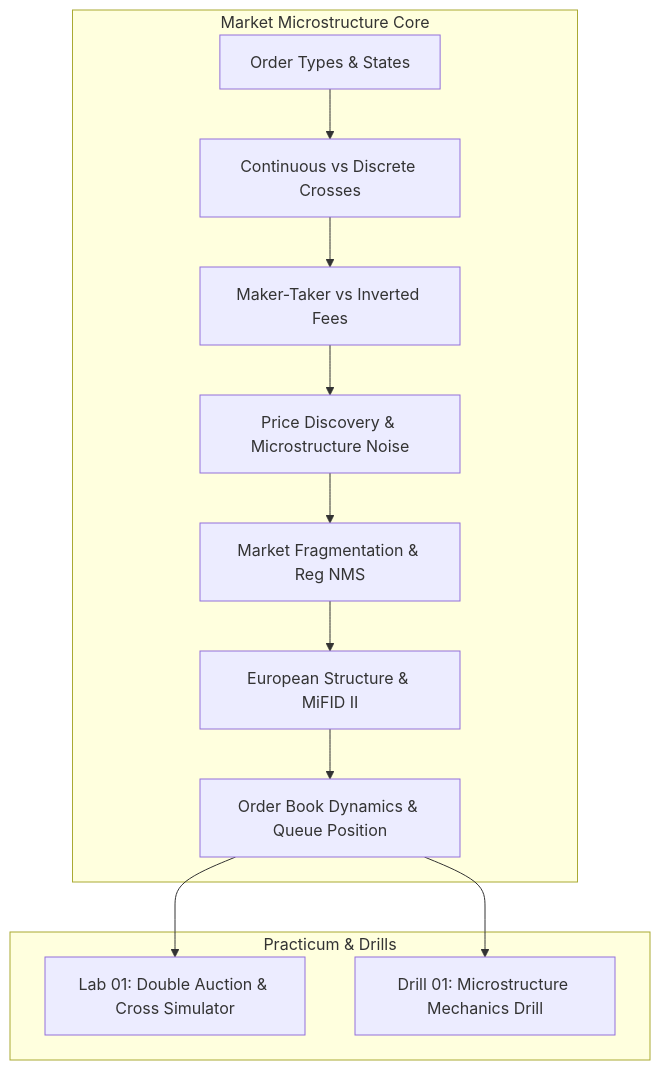
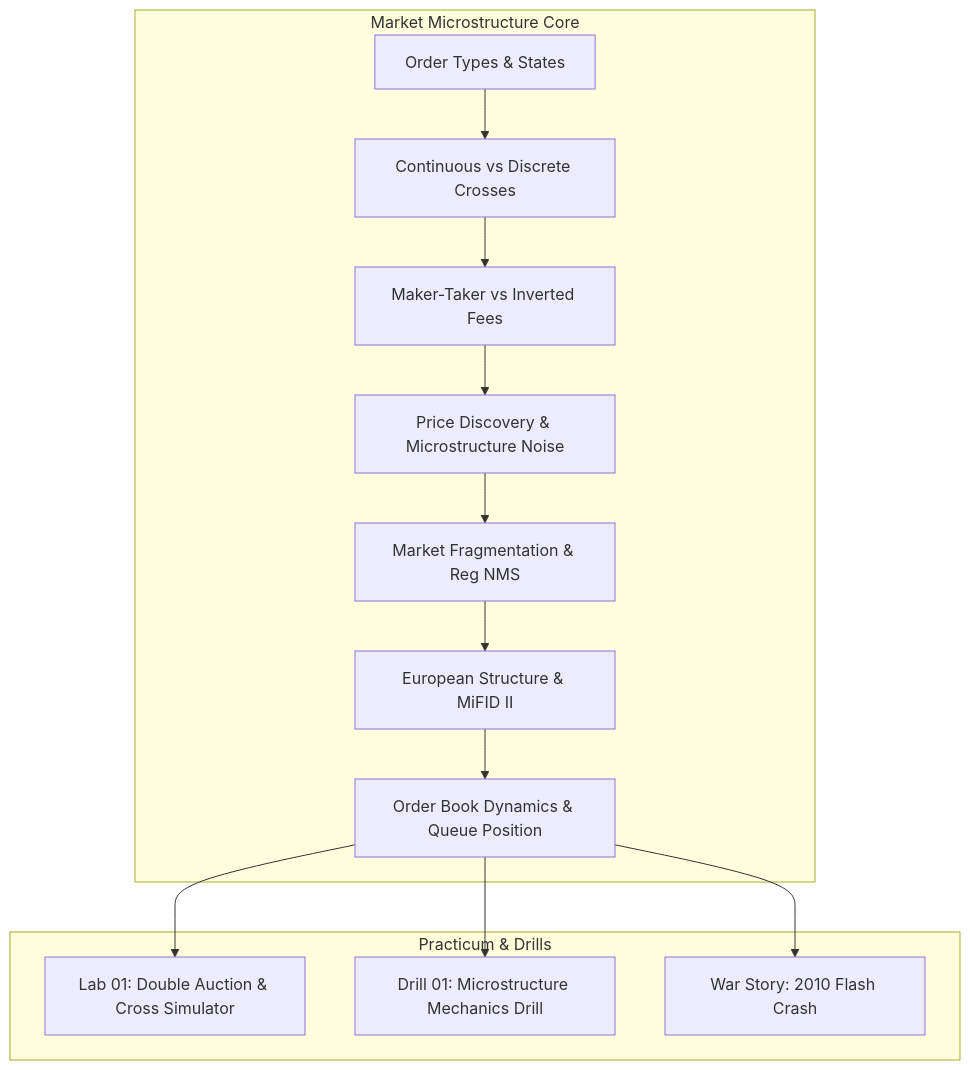
One commit to shreejitverma/SDE-Interview-Prep changed the diagram in 14-Low-Latency-Systems/01 - Market & Microstructure Fundamentals/MOC - 01 Market & Microstructure Fundamentals.md. Above: the diagram before and after it, drawn with Mermaid. The commit also changed other lines of this file and 13 other files, not shown here.

````diff
--- a/14-Low-Latency-Systems/01 - Market & Microstructure Fundamentals/MOC - 01 Market & Microstructure Fundamentals.md
+++ b/14-Low-Latency-Systems/01 - Market & Microstructure Fundamentals/MOC - 01 Market & Microstructure Fundamentals.md
@@ -13,16 +13,17 @@
 ```mermaid
 flowchart TD
     subgraph MicrostructureCore ["Market Microstructure Core"]
         OT["Order Types & States"] --> CDA["Continuous vs Discrete Crosses"]
         CDA --> FEES["Maker-Taker vs Inverted Fees"]
         FEES --> NOISE["Price Discovery & Microstructure Noise"]
         NOISE --> NMS["Market Fragmentation & Reg NMS"]
         NMS --> MIFID["European Structure & MiFID II"]
         MIFID --> QUEUE["Order Book Dynamics & Queue Position"]
     end
 
     subgraph AppliedLabs ["Practicum & Drills"]
         QUEUE --> LAB1["Lab 01: Double Auction & Cross Simulator"]
         QUEUE --> DRILL1["Drill 01: Microstructure Mechanics Drill"]
+        QUEUE --> WS1["War Story: 2010 Flash Crash"]
     end
 ```
````
